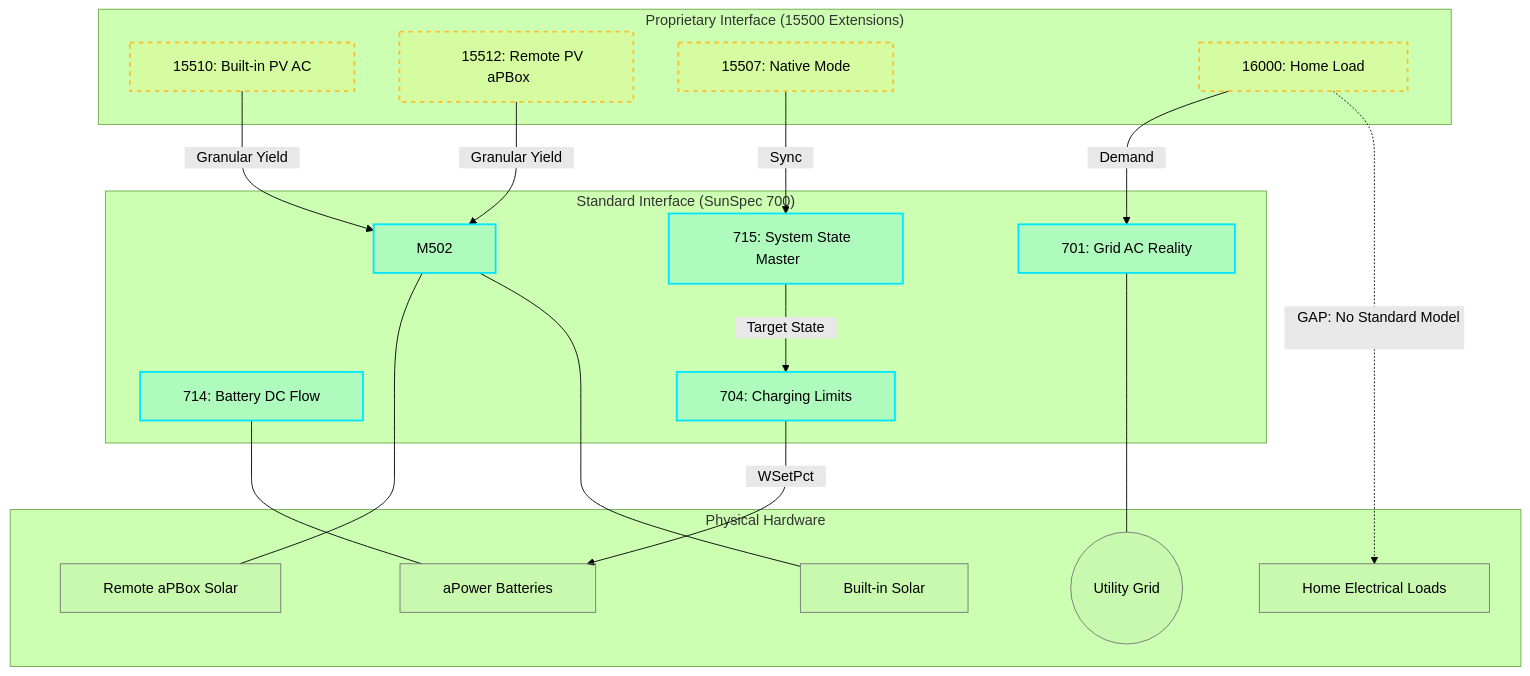
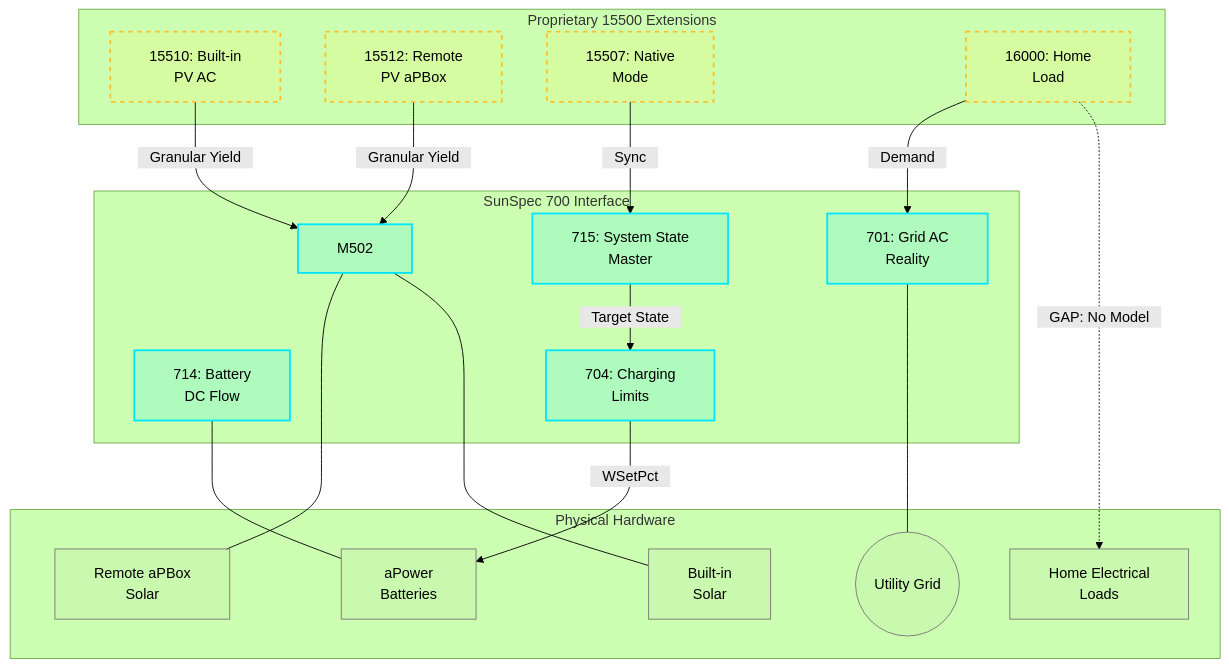
One commit to balloobbot/franklinwh-modbus changed the diagram in docs/SUNSPEC_700_INTEROP_GUIDE.md. Above: the diagram before and after it, drawn with Mermaid (forest theme).

Commit message:
docs: resolve text clipping using multi-line breaks and shorter subgraph titles
- Added <br/> HTML linefeed breaks to split long node labels into shorter, stacked segments.
- Shortened subgraph container titles (e.g. Standard Interface, Proprietary 15500 Extensions) to prevent outer box text cropping.
- Kept non-breaking space &nbsp; padding for generous horizontal margin rendering.

Tests: 68 passed

````diff
--- a/docs/SUNSPEC_700_INTEROP_GUIDE.md
+++ b/docs/SUNSPEC_700_INTEROP_GUIDE.md
@@ -21,48 +21,48 @@
 ```mermaid
 graph TD
-    subgraph Standard_Interface_SunSpec_700 ["&nbsp;&nbsp;&nbsp; Standard Interface (SunSpec 700) &nbsp;&nbsp;&nbsp;"]
-        M701["&nbsp;&nbsp;&nbsp; 701: Grid AC Reality &nbsp;&nbsp;&nbsp;"]
-        M714["&nbsp;&nbsp;&nbsp; 714: Battery DC Flow &nbsp;&nbsp;&nbsp;"]
-        M704["&nbsp;&nbsp;&nbsp; 704: Charging Limits &nbsp;&nbsp;&nbsp;"]
-        M715["&nbsp;&nbsp;&nbsp; 715: System State Master &nbsp;&nbsp;&nbsp;"]
-        M502["&nbsp;&nbsp;&nbsp; M502 &nbsp;&nbsp;&nbsp;"]
+    subgraph Standard_Interface_SunSpec_700 ["&nbsp;&nbsp; SunSpec 700 Interface &nbsp;&nbsp;"]
+        M701["&nbsp;&nbsp; 701: Grid AC &nbsp;&nbsp;<br/>&nbsp;&nbsp; Reality &nbsp;&nbsp;"]
+        M714["&nbsp;&nbsp; 714: Battery &nbsp;&nbsp;<br/>&nbsp;&nbsp; DC Flow &nbsp;&nbsp;"]
+        M704["&nbsp;&nbsp; 704: Charging &nbsp;&nbsp;<br/>&nbsp;&nbsp; Limits &nbsp;&nbsp;"]
+        M715["&nbsp;&nbsp; 715: System State &nbsp;&nbsp;<br/>&nbsp;&nbsp; Master &nbsp;&nbsp;"]
+        M502["&nbsp;&nbsp; M502 &nbsp;&nbsp;"]
     end
 
-    subgraph Proprietary_Interface_15500_Extensions ["&nbsp;&nbsp;&nbsp; Proprietary Interface (15500 Extensions) &nbsp;&nbsp;&nbsp;"]
-        EXT_PV_AC["&nbsp;&nbsp;&nbsp; 15510: Built-in PV AC &nbsp;&nbsp;&nbsp;"]
-        EXT_PV_REM["&nbsp;&nbsp;&nbsp; 15512: Remote PV aPBox &nbsp;&nbsp;&nbsp;"]
-        EXT_MODE["&nbsp;&nbsp;&nbsp; 15507: Native Mode &nbsp;&nbsp;&nbsp;"]
-        EXT_LOAD["&nbsp;&nbsp;&nbsp; 16000: Home Load &nbsp;&nbsp;&nbsp;"]
+    subgraph Proprietary_Interface_15500_Extensions ["&nbsp;&nbsp; Proprietary 15500 Extensions &nbsp;&nbsp;"]
+        EXT_PV_AC["&nbsp;&nbsp; 15510: Built-in &nbsp;&nbsp;<br/>&nbsp;&nbsp; PV AC &nbsp;&nbsp;"]
+        EXT_PV_REM["&nbsp;&nbsp; 15512: Remote &nbsp;&nbsp;<br/>&nbsp;&nbsp; PV aPBox &nbsp;&nbsp;"]
+        EXT_MODE["&nbsp;&nbsp; 15507: Native &nbsp;&nbsp;<br/>&nbsp;&nbsp; Mode &nbsp;&nbsp;"]
+        EXT_LOAD["&nbsp;&nbsp; 16000: Home &nbsp;&nbsp;<br/>&nbsp;&nbsp; Load &nbsp;&nbsp;"]
     end
 
-    subgraph Physical_Hardware ["&nbsp;&nbsp;&nbsp; Physical Hardware &nbsp;&nbsp;&nbsp;"]
-        GRID(("&nbsp;&nbsp;&nbsp; Utility Grid &nbsp;&nbsp;&nbsp;"))
-        PV_INT["&nbsp;&nbsp;&nbsp; Built-in Solar &nbsp;&nbsp;&nbsp;"]
-        PV_EXT["&nbsp;&nbsp;&nbsp; Remote aPBox Solar &nbsp;&nbsp;&nbsp;"]
-        BAT["&nbsp;&nbsp;&nbsp; aPower Batteries &nbsp;&nbsp;&nbsp;"]
-        LOADS["&nbsp;&nbsp;&nbsp; Home Electrical Loads &nbsp;&nbsp;&nbsp;"]
+    subgraph Physical_Hardware ["&nbsp;&nbsp; Physical Hardware &nbsp;&nbsp;"]
+        GRID(("&nbsp;&nbsp; Utility Grid &nbsp;&nbsp;"))
+        PV_INT["&nbsp;&nbsp; Built-in &nbsp;&nbsp;<br/>&nbsp;&nbsp; Solar &nbsp;&nbsp;"]
+        PV_EXT["&nbsp;&nbsp; Remote aPBox &nbsp;&nbsp;<br/>&nbsp;&nbsp; Solar &nbsp;&nbsp;"]
+        BAT["&nbsp;&nbsp; aPower &nbsp;&nbsp;<br/>&nbsp;&nbsp; Batteries &nbsp;&nbsp;"]
+        LOADS["&nbsp;&nbsp; Home Electrical &nbsp;&nbsp;<br/>&nbsp;&nbsp; Loads &nbsp;&nbsp;"]
     end
 
     %% Standard Logic
     M715 -->|"&nbsp;&nbsp; Target State &nbsp;&nbsp;"| M704
     M704 -->|"&nbsp;&nbsp; WSetPct &nbsp;&nbsp;"| BAT
     M714 --- BAT
     M701 --- GRID
     M502 --- PV_INT
     M502 --- PV_EXT
 
     %% Extension Logic (Filling the Gaps)
     EXT_PV_AC -->|"&nbsp;&nbsp; Granular Yield &nbsp;&nbsp;"| M502
     EXT_PV_REM -->|"&nbsp;&nbsp; Granular Yield &nbsp;&nbsp;"| M502
-    EXT_LOAD -.->|"&nbsp;&nbsp; GAP: No Standard Model &nbsp;&nbsp;"| LOADS
+    EXT_LOAD -.->|"&nbsp;&nbsp; GAP: No Model &nbsp;&nbsp;"| LOADS
     EXT_MODE -->|"&nbsp;&nbsp; Sync &nbsp;&nbsp;"| M715
     EXT_LOAD -->|"&nbsp;&nbsp; Demand &nbsp;&nbsp;"| M701
 
     classDef standard fill:#00e5ff26,stroke:#00e5ff,stroke-width:2px;
     classDef extension fill:#ffeb3b26,stroke:#fbc02d,stroke-dasharray:5 5,stroke-width:2px;
     classDef physical fill:#7878780d,stroke:#757575,stroke-width:1px;
 
     class M701,M714,M704,M715,M502 standard;
     class EXT_PV_AC,EXT_PV_REM,EXT_MODE,EXT_LOAD extension;
     class GRID,PV_INT,PV_EXT,BAT,LOADS physical;
 ```
````
